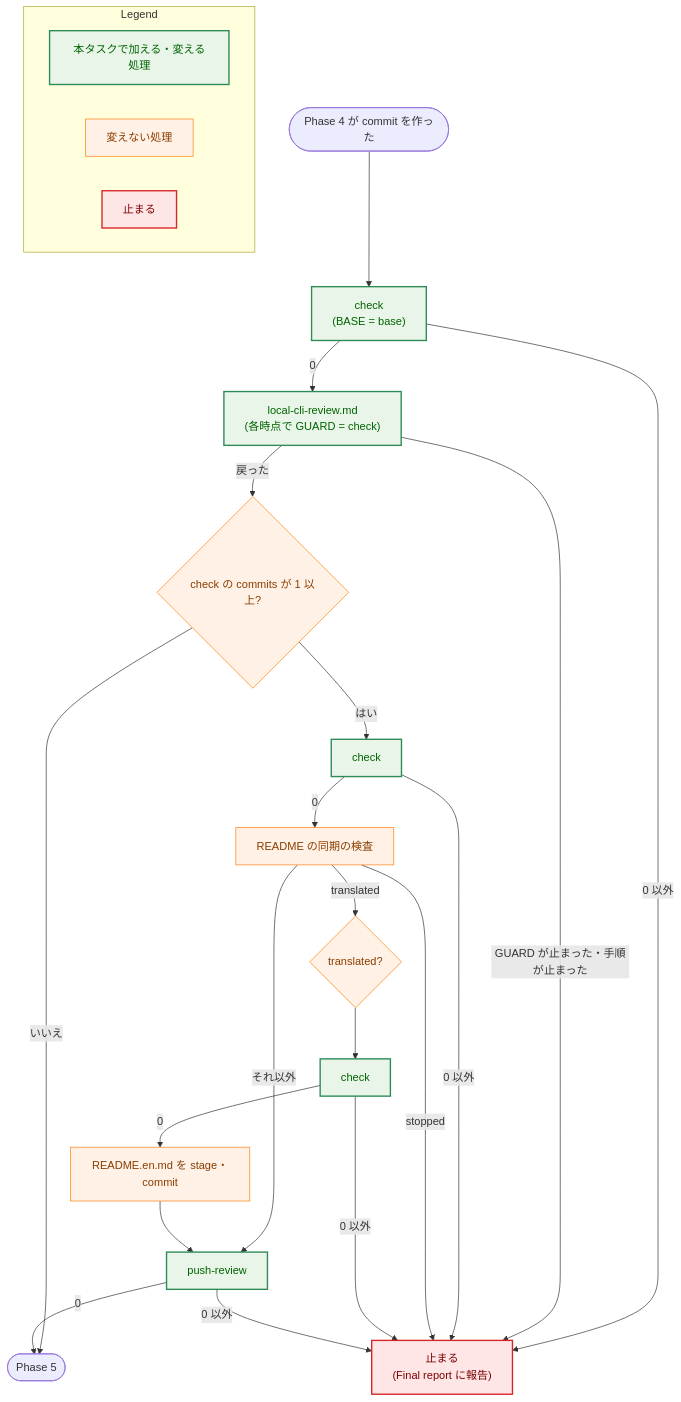
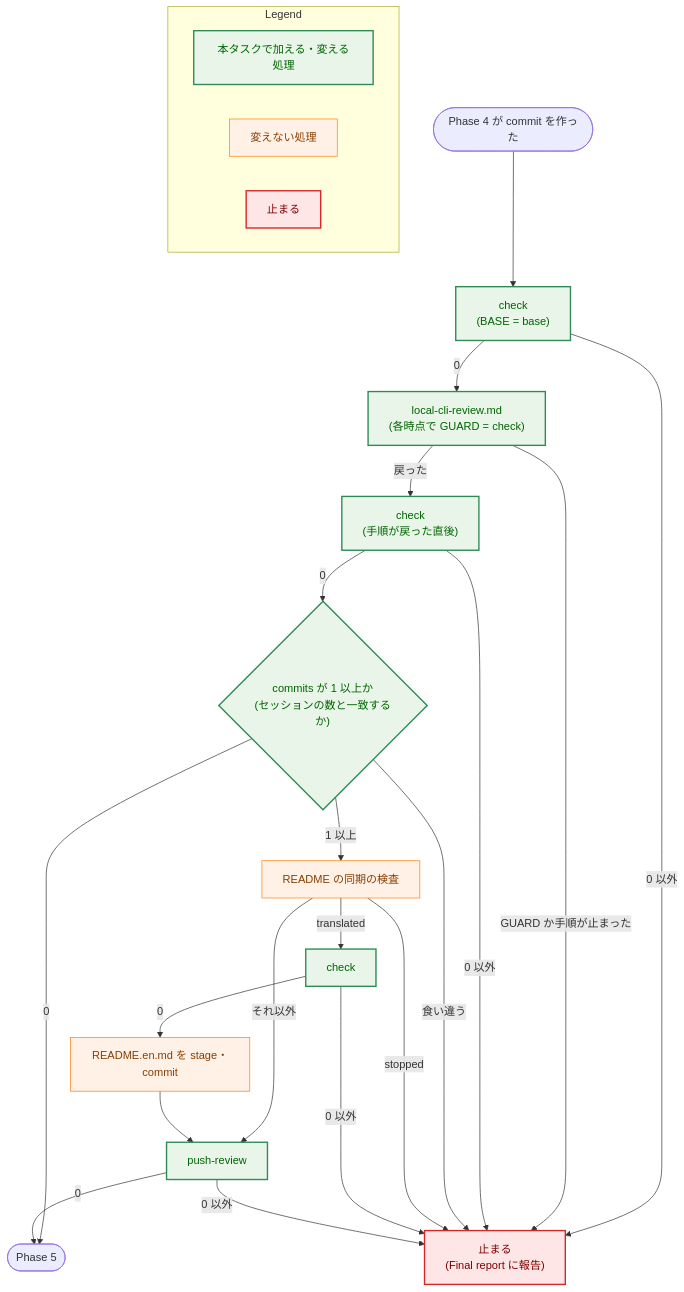
One commit to isseis/yt2column changed the fifth of 5 diagrams in docs/tasks/0076_fixpr_local_review_guard/02_architecture.md. Above: the diagram before and after it, drawn with Mermaid. The commit also changed other lines of this file and 2 other files, not shown here.

First line of the commit message:
docs(0076): address the architecture review and polish the prose

````diff
--- a/docs/tasks/0076_fixpr_local_review_guard/02_architecture.md
+++ b/docs/tasks/0076_fixpr_local_review_guard/02_architecture.md
@@ -475,51 +522,50 @@
 ```mermaid
 flowchart TD
     classDef process fill:#fff1e6,stroke:#ff7f0e,stroke-width:1px,color:#8a3e00;
     classDef enhanced fill:#e8f5e8,stroke:#2e8b57,stroke-width:2px,color:#006400;
     classDef problem fill:#ffe6e6,stroke:#d62728,stroke-width:2px,color:#7b0000;
 
     START(["Phase 4 が commit を作った"])
     C0["check<br>(BASE = base)"]
     LCR["local-cli-review.md<br>(各時点で GUARD = check)"]
-    C1{"check の commits が 1 以上?"}
+    C1["check<br>(手順が戻った直後)"]
+    HAS{"commits が 1 以上か<br>(セッションの数と一致するか)"}
+    SYNC["README の同期の検査"]
     C2["check"]
-    SYNC["README の同期の検査"]
-    TR{"translated?"}
-    C3["check"]
     COMMIT["README.en.md を stage・commit"]
     PUSH["push-review"]
     P5(["Phase 5"])
     STOP["止まる<br>(Final report に報告)"]
 
     START --> C0
     C0 -->|"0"| LCR
     C0 -->|"0 以外"| STOP
     LCR -->|"戻った"| C1
-    LCR -->|"GUARD が止まった・手順が止まった"| STOP
-    C1 -->|"はい"| C2
-    C1 -->|"いいえ"| P5
-    C2 -->|"0"| SYNC
-    C2 -->|"0 以外"| STOP
-    SYNC -->|"translated"| TR
+    LCR -->|"GUARD か手順が止まった"| STOP
+    C1 -->|"0"| HAS
+    C1 -->|"0 以外"| STOP
+    HAS -->|"1 以上"| SYNC
+    HAS -->|"0"| P5
+    HAS -->|"食い違う"| STOP
+    SYNC -->|"translated"| C2
     SYNC -->|"stopped"| STOP
     SYNC -->|"それ以外"| PUSH
-    TR --> C3
-    C3 -->|"0"| COMMIT
-    C3 -->|"0 以外"| STOP
+    C2 -->|"0"| COMMIT
+    C2 -->|"0 以外"| STOP
     COMMIT --> PUSH
     PUSH -->|"0"| P5
     PUSH -->|"0 以外"| STOP
 
-    class C0,C2,C3,PUSH,LCR enhanced
-    class SYNC,COMMIT,C1,TR process
+    class C0,C1,C2,PUSH,LCR,HAS enhanced
+    class SYNC,COMMIT process
     class STOP problem
 
     subgraph Legend["Legend"]
         L1["本タスクで加える・変える処理"]
         L2["変えない処理"]
         L3["止まる"]
     end
     class L1 enhanced
     class L2 process
     class L3 problem
 ```
````
